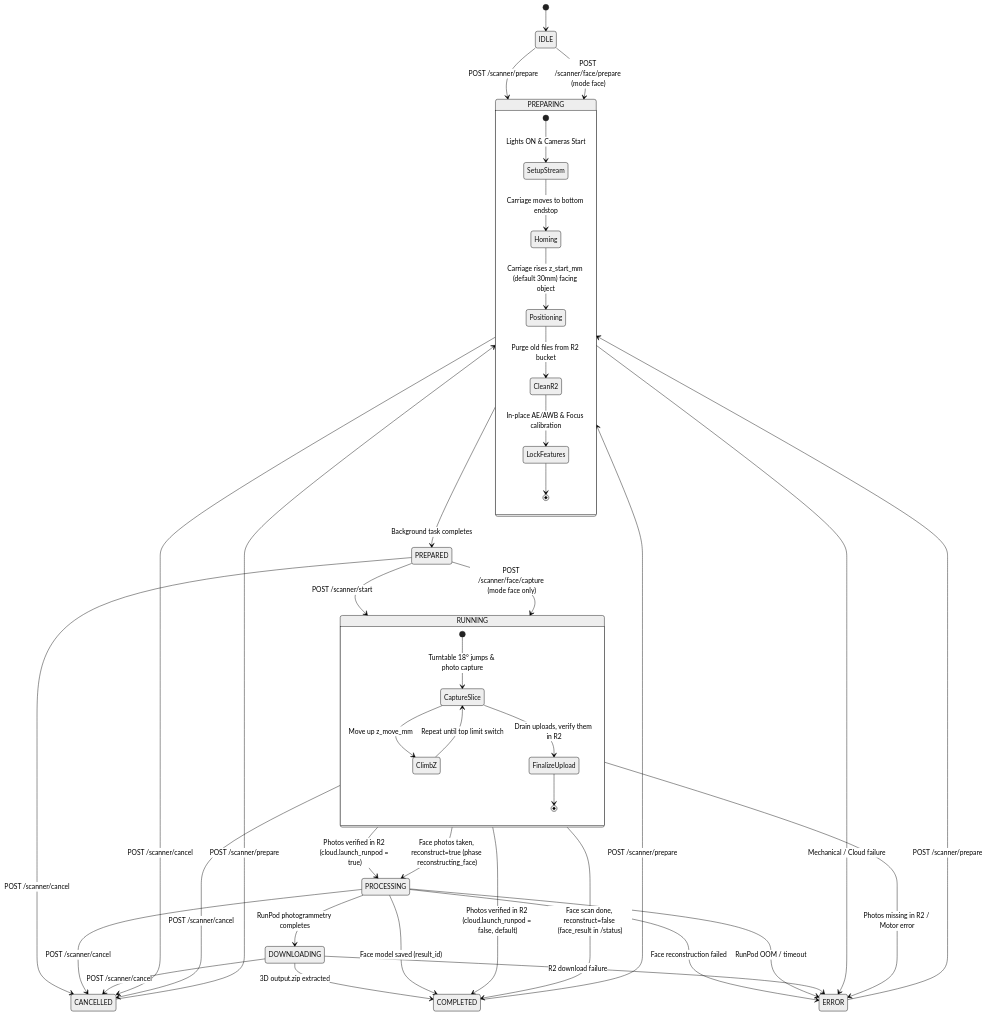
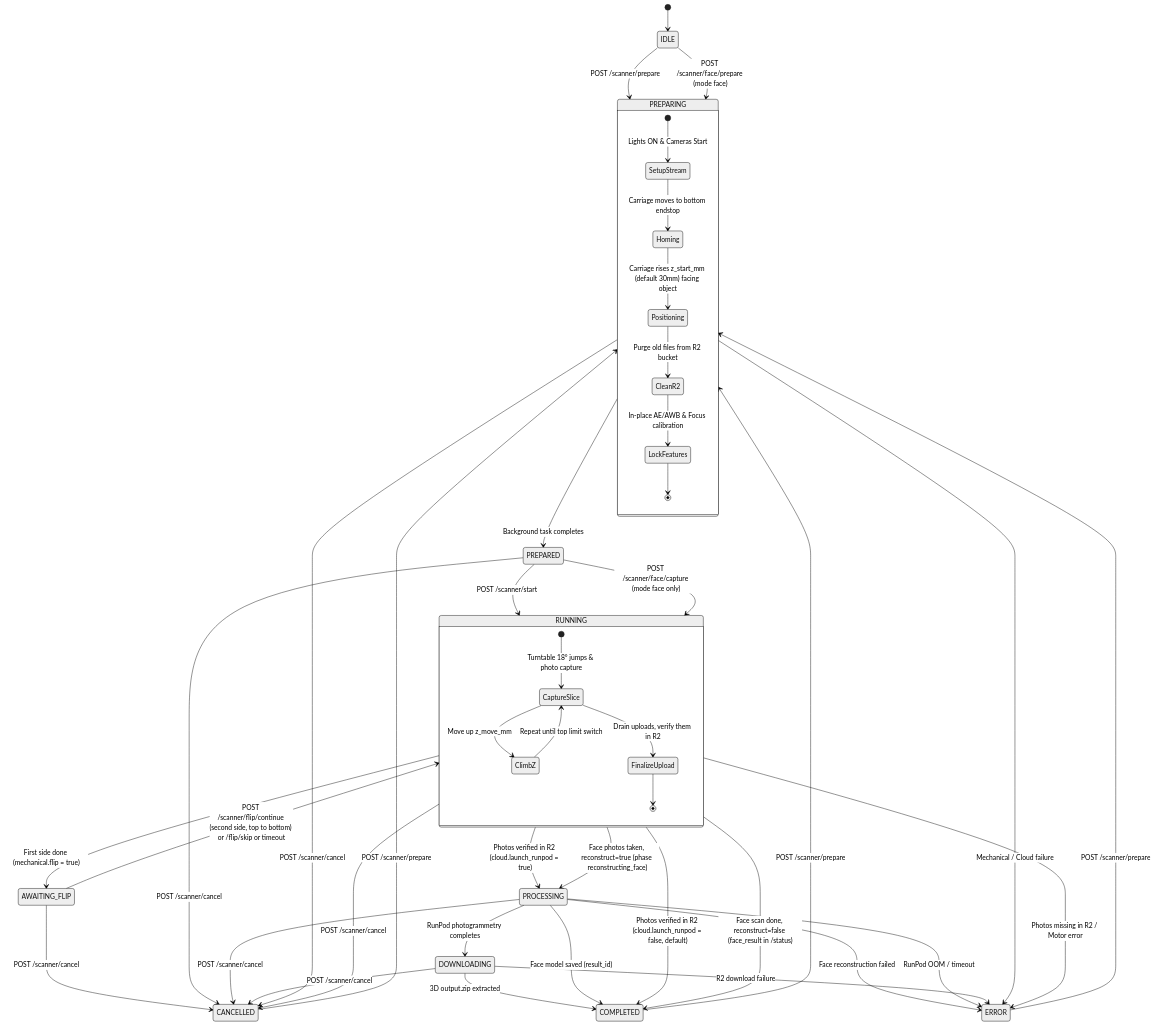
The diagram in router/docs/SCANNER_API.md (AlinC10/3d-scanner-raspberry-pi), drawn with Mermaid (neutral theme) before and after one commit. The commit also changed other lines of this file and 35 other files, not shown here.

````diff
--- a/router/docs/SCANNER_API.md
+++ b/router/docs/SCANNER_API.md
@@ -19,51 +19,54 @@
 ```mermaid
 stateDiagram-v2
     [*] --> IDLE
     IDLE --> PREPARING: POST /scanner/prepare
     COMPLETED --> PREPARING: POST /scanner/prepare
     CANCELLED --> PREPARING: POST /scanner/prepare
     ERROR --> PREPARING: POST /scanner/prepare
 
     state PREPARING {
         [*] --> SetupStream: Lights ON & Cameras Start
         SetupStream --> Homing: Carriage moves to bottom endstop
         Homing --> Positioning: Carriage rises z_start_mm (default 30mm) facing object
         Positioning --> CleanR2: Purge old files from R2 bucket
         CleanR2 --> LockFeatures: In-place AE/AWB & Focus calibration
         LockFeatures --> [*]
     }
 
     PREPARING --> PREPARED: Background task completes
     PREPARED --> RUNNING: POST /scanner/start
 
     state RUNNING {
         [*] --> CaptureSlice: Turntable 18° jumps & photo capture
         CaptureSlice --> ClimbZ: Move up z_move_mm
         ClimbZ --> CaptureSlice: Repeat until top limit switch
         CaptureSlice --> FinalizeUpload: Drain uploads, verify them in R2
         FinalizeUpload --> [*]
     }
 
+    RUNNING --> AWAITING_FLIP: First side done (mechanical.flip = true)
+    AWAITING_FLIP --> RUNNING: POST /scanner/flip/continue (second side, top to bottom) or /flip/skip or timeout
+    AWAITING_FLIP --> CANCELLED: POST /scanner/cancel
     RUNNING --> COMPLETED: Photos verified in R2 (cloud.launch_runpod = false, default)
     RUNNING --> PROCESSING: Photos verified in R2 (cloud.launch_runpod = true)
     PROCESSING --> DOWNLOADING: RunPod photogrammetry completes
     DOWNLOADING --> COMPLETED: 3D output.zip extracted
 
     IDLE --> PREPARING: POST /scanner/face/prepare (mode face)
     PREPARED --> RUNNING: POST /scanner/face/capture (mode face only)
     RUNNING --> COMPLETED: Face scan done, reconstruct=false (face_result in /status)
     RUNNING --> PROCESSING: Face photos taken, reconstruct=true (phase reconstructing_face)
     PROCESSING --> COMPLETED: Face model saved (result_id)
     PROCESSING --> ERROR: Face reconstruction failed
 
     PREPARING --> CANCELLED: POST /scanner/cancel
     PREPARED --> CANCELLED: POST /scanner/cancel
     RUNNING --> CANCELLED: POST /scanner/cancel
     PROCESSING --> CANCELLED: POST /scanner/cancel
     DOWNLOADING --> CANCELLED: POST /scanner/cancel
 
     PREPARING --> ERROR: Mechanical / Cloud failure
     RUNNING --> ERROR: Photos missing in R2 / Motor error
     PROCESSING --> ERROR: RunPod OOM / timeout
     DOWNLOADING --> ERROR: R2 download failure
 ```
````
